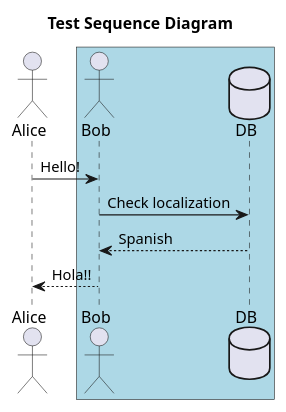
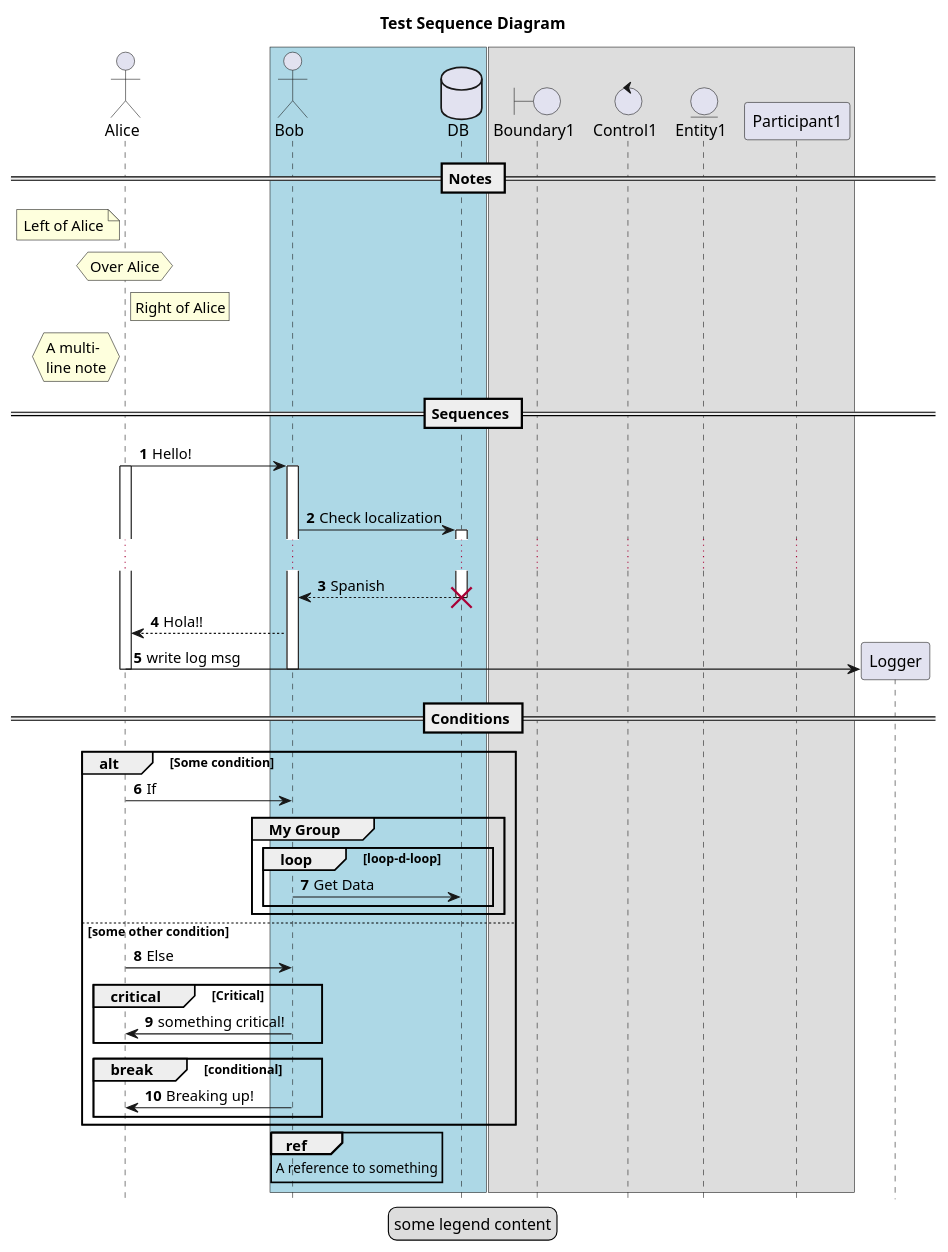
One commit to KyleKorndoerfer/BracketsUML changed the diagram in diagrams/sequence.puml. Above: the diagram before and after it, drawn with PlantUML. The commit also changed 1 other file, not shown here.

Commit message:
Add support for most sequence keywords (still a very simple lexer)

```diff
--- a/diagrams/sequence.puml
+++ b/diagrams/sequence.puml
@@ -2,16 +2,72 @@
 @startuml
 
 title "Test Sequence Diagram"
 
 actor Alice
 box #lightBlue
 	actor Bob
 	database DB
 end box
 
+box
+	boundary Boundary1
+	control Control1
+	entity Entity1
+	participant Participant1
+end box
+
+hide footbox
+
+== Notes ==
+note left Alice: Left of Alice
+hnote over Alice: Over Alice
+rnote right Alice: Right of Alice
+hnote left Alice
+	A multi-
+	line note
+end note
+
+== Sequences ==
+autonumber 1
 Alice->Bob: Hello!
+activate Alice
+activate Bob
+|||
 Bob->DB: Check localization
+activate DB
+...
 DB-->Bob: Spanish
+destroy DB
 Bob-->Alice: Hola!!
+create Logger
+Alice->Logger: write log msg
+deactivate Bob
+deactivate Alice
+
+== Conditions ==
+alt Some condition
+	Alice->Bob: If
+	group My Group
+		loop loop-d-loop
+			Bob->DB: Get Data
+		end
+	end
+else some other condition
+	Alice->Bob: Else
+	critical Critical
+		Bob->Alice: something critical!
+	end
+	break conditional
+		Bob->Alice: Breaking up!
+	end
+end
+
+ref over Bob
+	A reference to something
+end ref
+
+legend center
+	some legend content
+endlegend
 
 @enduml
```
